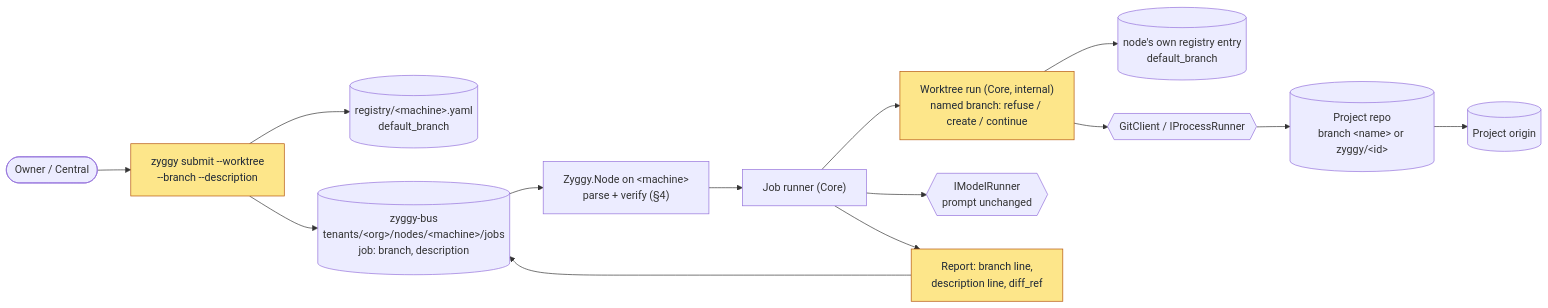
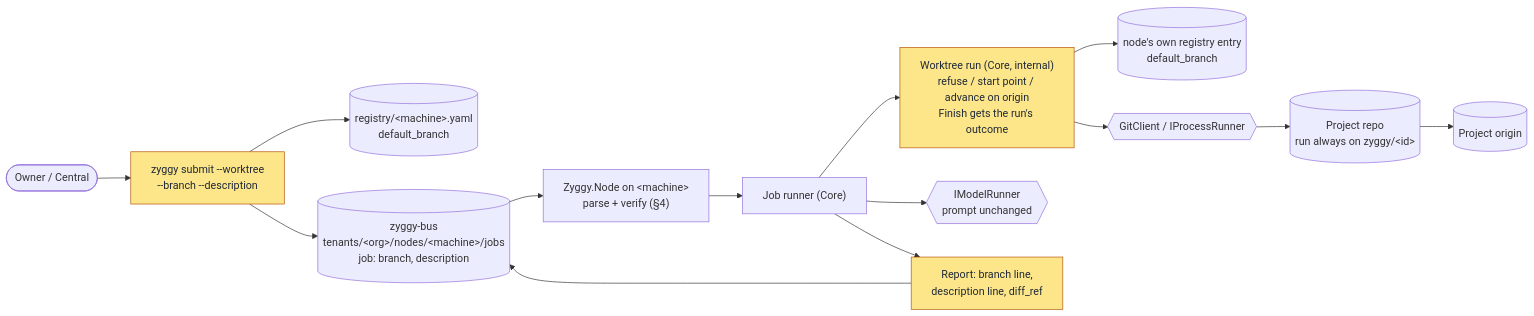
The first of 5 diagrams in _specs/53-job-branch-name.md (zyggy-org/zyggy), drawn with Mermaid before and after one commit. The commit also changed other lines of this file, not shown here.

Commit message:
zyggy job 01M7MXV2G55EM7ABCWAE092FNJ

````diff
--- a/_specs/53-job-branch-name.md
+++ b/_specs/53-job-branch-name.md
@@ -58,18 +62,18 @@
 ```mermaid
 flowchart LR
   owner([Owner / Central]) --> cli["zyggy submit --worktree<br/>--branch --description"]
   cli --> reg[("registry/&lt;machine&gt;.yaml<br/>default_branch")]
   cli --> bus[("zyggy-bus<br/>tenants/&lt;org&gt;/nodes/&lt;machine&gt;/jobs<br/>job: branch, description")]
   bus --> node["Zyggy.Node on &lt;machine&gt;<br/>parse + verify (§4)"]
   node --> runner["Job runner (Core)"]
-  runner --> wt["Worktree run (Core, internal)<br/>named branch: refuse / create / continue"]
+  runner --> wt["Worktree run (Core, internal)<br/>refuse / start point / advance on origin<br/>Finish gets the run's outcome"]
   wt --> nreg[("node's own registry entry<br/>default_branch")]
   wt --> git{{"GitClient / IProcessRunner"}}
   runner --> model{{"IModelRunner<br/>prompt unchanged"}}
-  git --> project[("Project repo<br/>branch &lt;name&gt; or zyggy/&lt;id&gt;")]
+  git --> project[("Project repo<br/>run always on zyggy/&lt;id&gt;")]
   project --> origin[("Project origin")]
   runner --> report["Report: branch line,<br/>description line, diff_ref"]
   report --> bus
   classDef new fill:#fde68a,stroke:#b45309,color:#1f2937;
   class cli,wt,report new;
 ```
````
